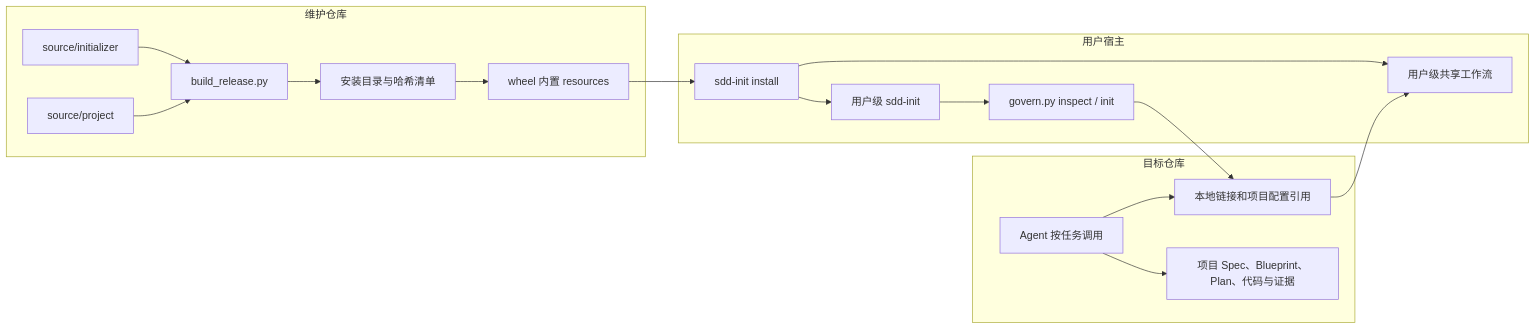
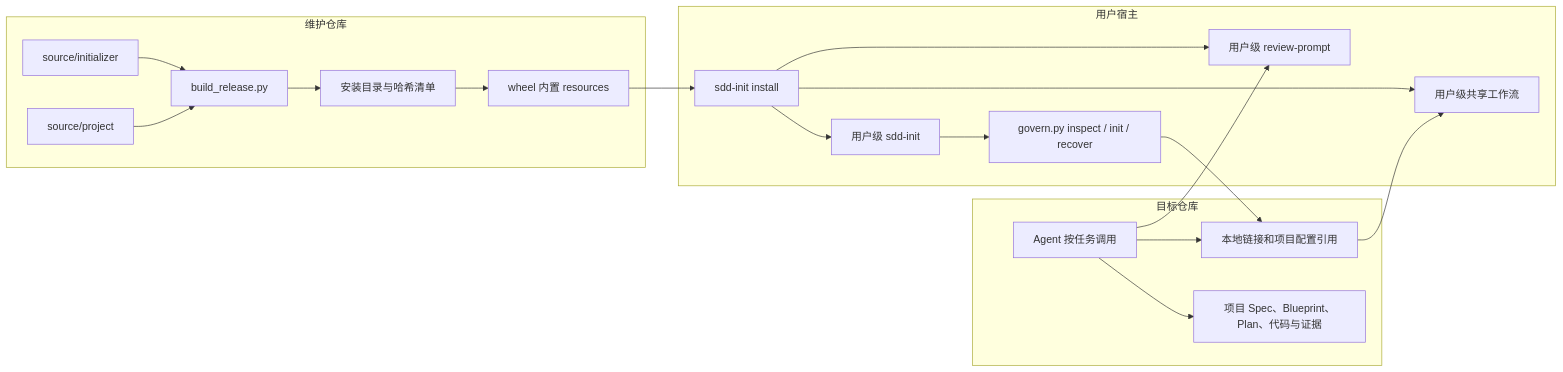
One commit to bigsmartben/sdd-init changed the second of 3 diagrams in docs/blueprint.md. Above: the diagram before and after it, drawn with Mermaid. The commit also changed other lines of this file and 701 other files, not shown here.

````diff
--- a/docs/blueprint.md
+++ b/docs/blueprint.md
@@ -73,24 +83,26 @@
 ```mermaid
 flowchart LR
   subgraph Repo[维护仓库]
     InitSource[source/initializer]
     ProjectSource[source/project]
     Builder[build_release.py]
     InitSource --> Builder
     ProjectSource --> Builder
     Builder --> Bundle[安装目录与哈希清单]
     Bundle --> Wheel[wheel 内置 resources]
   end
   subgraph UserHost[用户宿主]
     CLI[sdd-init install] --> UserSkill[用户级 sdd-init]
     Wheel --> CLI
     CLI --> SharedBundle[用户级共享工作流]
-    UserSkill --> Govern[govern.py inspect / init]
+    CLI --> PromptRole[用户级 review-prompt]
+    UserSkill --> Govern[govern.py inspect / init / recover]
   end
   subgraph Target[目标仓库]
     Govern --> Local[本地链接和项目配置引用]
     Local --> SharedBundle
     Agent[Agent 按任务调用] --> Local
+    Agent --> PromptRole
     Agent --> Artifacts[项目 Spec、Blueprint、Plan、代码与证据]
   end
 ```
````
